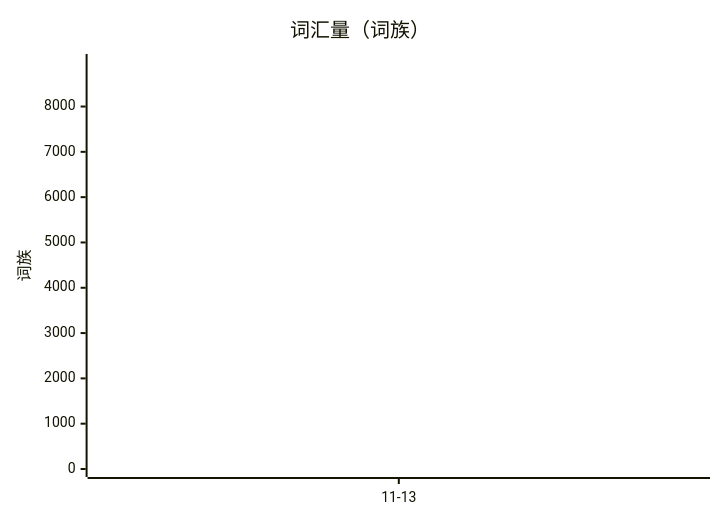
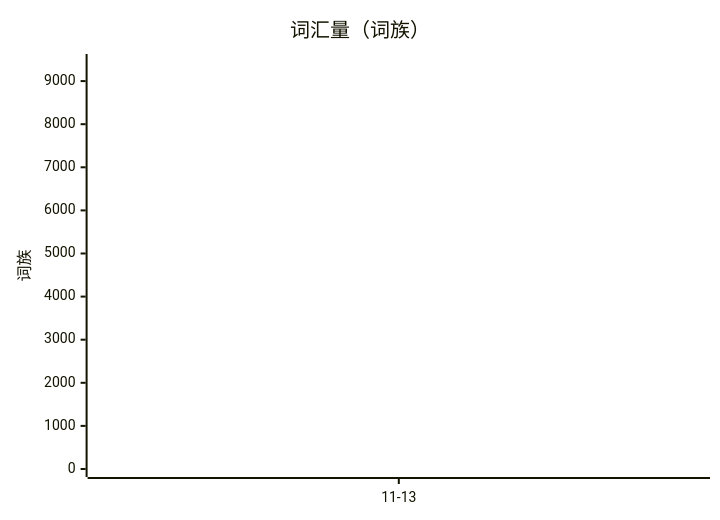
The diagram in README.md (Frank-Humingtao/english-profile), drawn with Mermaid before and after one commit. The commit also changed other lines of this file and 4 other files, not shown here.

````diff
--- a/README.md
+++ b/README.md
@@ -9,7 +9,7 @@
 ```mermaid
 xychart-beta
   title "词汇量（词族）"
   x-axis ["11-13"]
-  y-axis "词族" 0 --> 8983
-  line [5733]
+  y-axis "词族" 0 --> 9443
+  line [6385]
 ```
````
